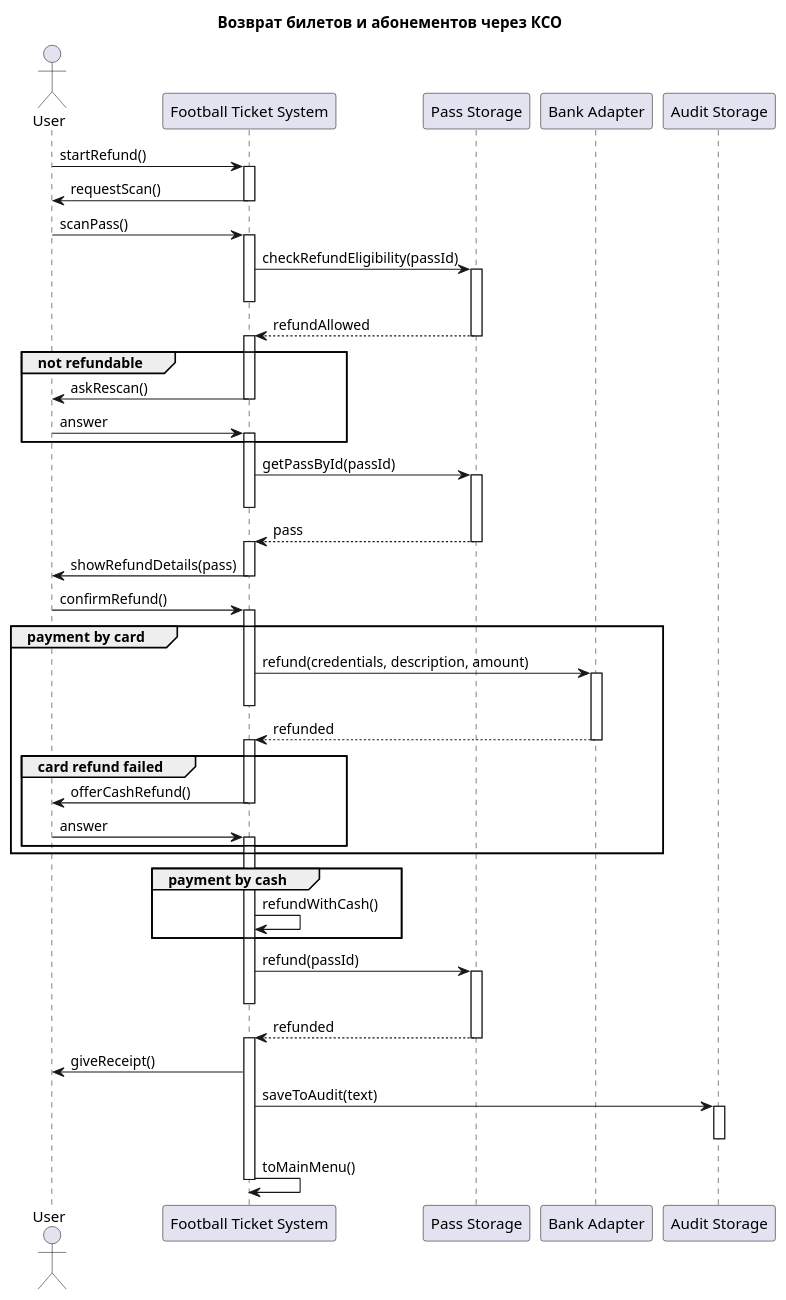
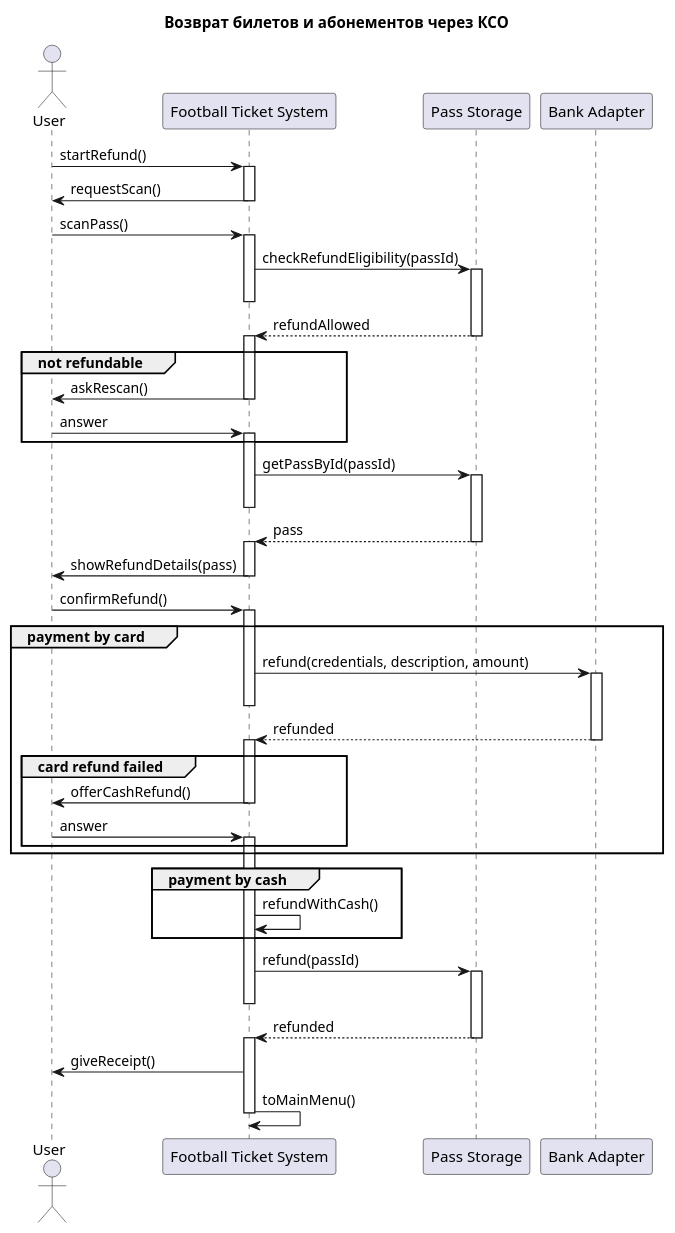
Before and after one commit to penamarth/bsbo-11-24_team5_var10_football: the diagram in Преценденты/Возврат билетов и абонементов/Диаграмма последовательности.md, drawn with PlantUML. The commit also changed 4 other files, not shown here.

````diff
--- a/Преценденты/Возврат билетов и абонементов/Диаграмма последовательности.md
+++ b/Преценденты/Возврат билетов и абонементов/Диаграмма последовательности.md
@@ -3,82 +3,78 @@
 ```plantuml
 @startuml
 title Возврат билетов и абонементов через КСО
 
 actor "User" as User
 participant "Football Ticket System" as FTS
 participant "Pass Storage" as PassStorage
 participant "Bank Adapter" as Bank
-participant "Audit Storage" as Audit
 
 User -> FTS : startRefund()
 activate FTS
 
 FTS -> User : requestScan()
 deactivate FTS
 
 User -> FTS : scanPass()
 activate FTS
 
 FTS -> PassStorage : checkRefundEligibility(passId)
 activate PassStorage
 deactivate FTS
 PassStorage --> FTS : refundAllowed
 deactivate PassStorage
 activate FTS
 
 group not refundable
 	FTS -> User : askRescan()
 	deactivate FTS
 	User -> FTS : answer
 	activate FTS
 end
 
 FTS -> PassStorage : getPassById(passId)
 activate PassStorage
 deactivate FTS
 PassStorage --> FTS : pass
 deactivate PassStorage
 activate FTS
 
 FTS -> User : showRefundDetails(pass)
 deactivate FTS
 
 User -> FTS : confirmRefund()
 activate FTS
 
 group payment by card
 	FTS -> Bank : refund(credentials, description, amount)
 	activate Bank
 	deactivate FTS
 	Bank --> FTS : refunded
 	deactivate Bank
 	activate FTS
 
 	group card refund failed
 		FTS -> User : offerCashRefund()
 		deactivate FTS
 		User -> FTS : answer
 		activate FTS
 	end
 end
 
 group payment by cash
 	FTS -> FTS : refundWithCash()
 end
 
 FTS -> PassStorage : refund(passId)
 activate PassStorage
 deactivate FTS
 PassStorage --> FTS : refunded
 deactivate PassStorage
 activate FTS
 
 FTS -> User : giveReceipt()
-FTS -> Audit : saveToAudit(text)
-activate Audit
-deactivate Audit
 FTS -> FTS : toMainMenu()
 
 deactivate FTS
 @enduml
 ```
````
